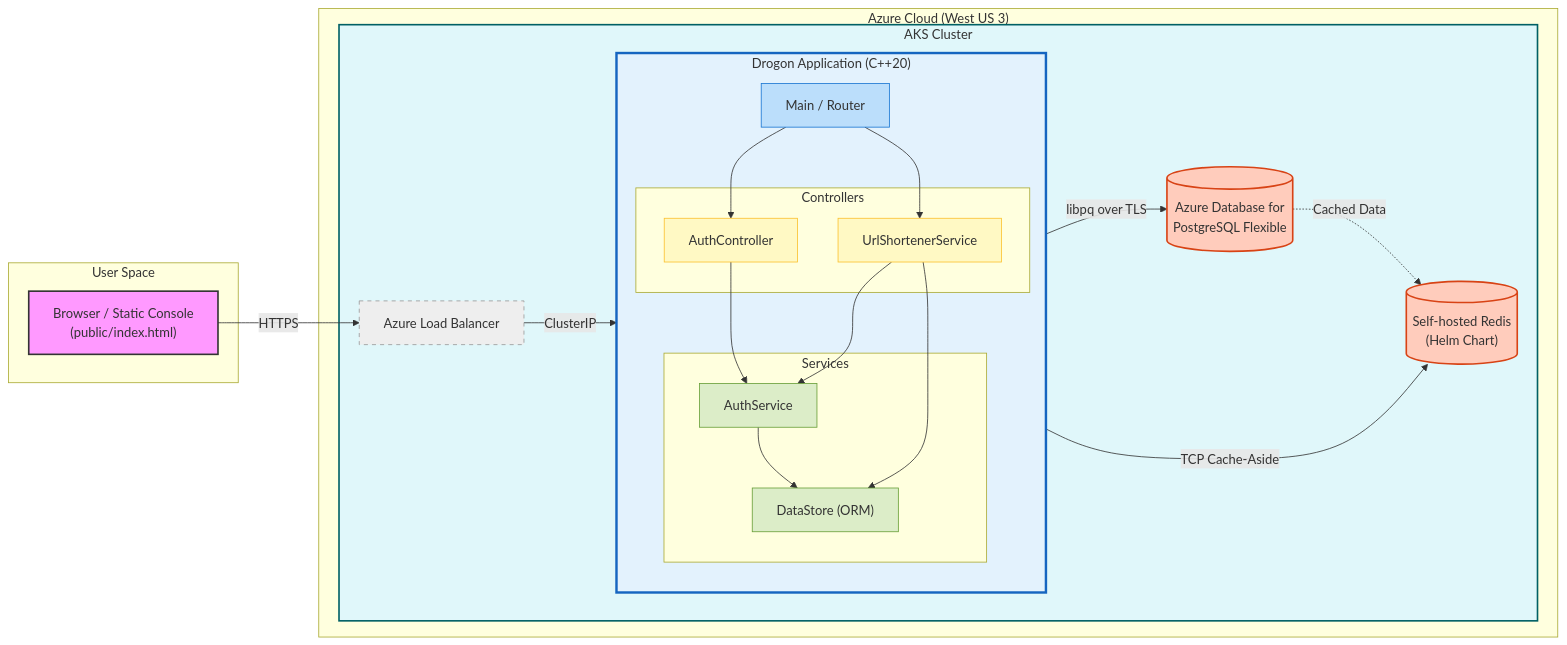
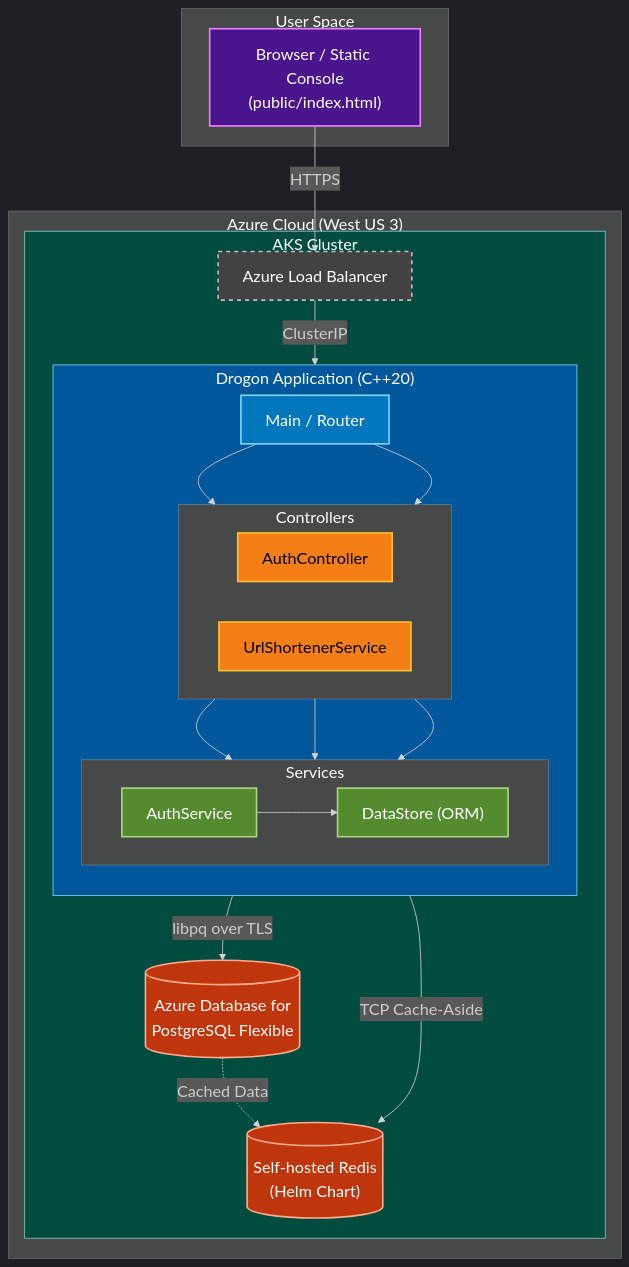
One commit to rajeshkumarblr/myurlshortener changed the diagram in docs/architecture.mmd. Above: the diagram before and after it, drawn with Mermaid. The commit also changed 3 other files, not shown here.

Commit message:
Update diagrams: dark mode, transparent bg, higher resolution, vertical layout

```diff
--- a/docs/architecture.mmd
+++ b/docs/architecture.mmd
@@ -1,60 +1,66 @@
-flowchart LR
+%%{init: {'theme': 'dark', 'themeVariables': { 'fontSize': '20px', 'fontFamily': 'Segoe UI, Tahoma, Geneva, Verdana, sans-serif' }}}%%
+flowchart TB
     subgraph Client [User Space]
         Browser["Browser / Static Console<br>(public/index.html)"]
     end
 
     subgraph Azure ["Azure Cloud (West US 3)"]
         
         subgraph AKS ["AKS Cluster"]
             ALB["Azure Load Balancer"]
 
             subgraph App ["Drogon Application (C++20)"]
                 direction TB
                 Router["Main / Router"]
                 
                 subgraph Controllers ["Controllers"]
+                    direction LR
                     AC["AuthController"]
                     US["UrlShortenerService"]
                 end
                 
                 subgraph Services ["Services"]
+                    direction LR
                     AS["AuthService"]
                     DS["DataStore (ORM)"]
                 end
             end
 
             Redis[("Self-hosted Redis<br>(Helm Chart)")]
             Postgres[("Azure Database for<br>PostgreSQL Flexible")]
         end
     end
 
     Browser -->|HTTPS| ALB
     ALB -->|ClusterIP| Router
     
     Router --> AC
     Router --> US
     
     AC --> AS
     US --> AS
     
     AS --> DS
     US --> DS
     
     DS -->|libpq over TLS| Postgres
     US -->|TCP Cache-Aside| Redis
     Postgres -.->|Cached Data| Redis
 
     %% Styling
-    style Browser fill:#f9f,stroke:#333,stroke-width:2px
-    style ALB fill:#eee,stroke:#999,stroke-dasharray: 5 5
+    classDef default color:#fff,stroke-width:2px;
     
-    style AKS fill:#e0f7fa,stroke:#006064,stroke-width:2px
-    style App fill:#e3f2fd,stroke:#1565c0,stroke-width:3px
-    style Router fill:#bbdefb,stroke:#1976d2
-    style AC fill:#fff9c4,stroke:#fbc02d
-    style US fill:#fff9c4,stroke:#fbc02d
-    style AS fill:#dcedc8,stroke:#689f38
-    style DS fill:#dcedc8,stroke:#689f38
+    style Browser fill:#4a148c,stroke:#ea80fc
+    style ALB fill:#424242,stroke:#bdbdbd,stroke-dasharray: 5 5
+    
+    style AKS fill:#004d40,stroke:#80cbc4,color:#fff
+    style App fill:#01579b,stroke:#81d4fa,color:#fff
+    style Router fill:#0277bd,stroke:#81d4fa
+    
+    style AC fill:#f57f17,stroke:#fbc02d,color:#000
+    style US fill:#f57f17,stroke:#fbc02d,color:#000
+    style AS fill:#558b2f,stroke:#aed581
+    style DS fill:#558b2f,stroke:#aed581
 
-    style Redis fill:#ffccbc,stroke:#d84315,stroke-width:2px
-    style Postgres fill:#ffccbc,stroke:#d84315,stroke-width:2px
+    style Redis fill:#bf360c,stroke:#ffab91
+    style Postgres fill:#bf360c,stroke:#ffab91
```
